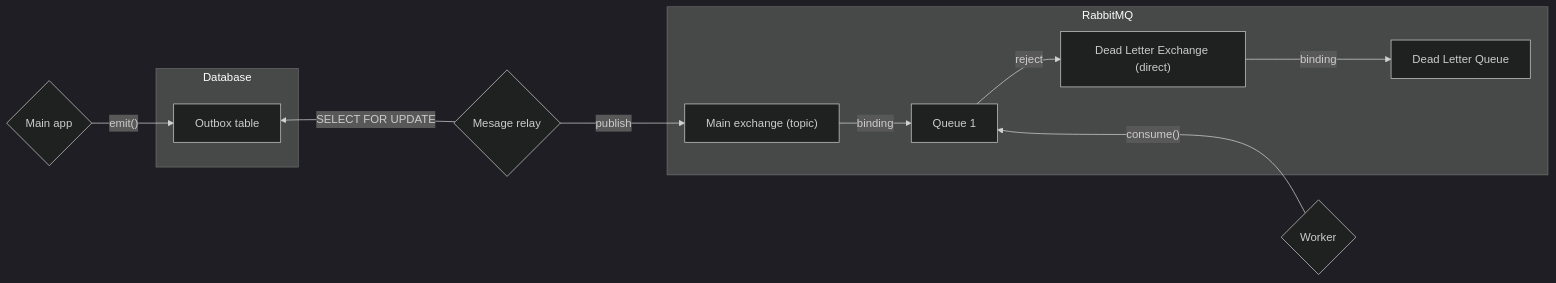
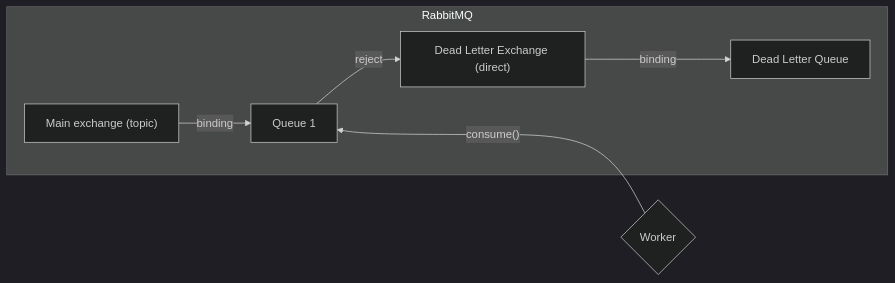
Before and after one commit to kbairak/outbox: the second of 3 diagrams in README.md, drawn with Mermaid (dark theme). The commit also changed other lines of this file and 3 other files, not shown here.

````diff
--- a/README.md
+++ b/README.md
@@ -207,21 +207,11 @@
 ```mermaid
 flowchart LR
-    MA{Main app} -->|"emit()"| DB[Outbox table]
-    DB ~~~ MR{Mesage relay}
-    MR -->|SELECT FOR UPDATE| DB
-    MR ~~~ DB
-    MR --->|publish| ME["Main exchange (topic)"]
-
-    subgraph Database
-    DB
-    end
-
     subgraph RabbitMQ
-    ME -->|binding| Q1[Queue 1]
+    ME["Main exchange (topic)"] -->|binding| Q1[Queue 1]
     Q1 -->|reject| DLX["Dead Letter Exchange (direct)"]
     DLX --->|binding| DQ1[Dead Letter Queue]
     end
 
     Q1 ~~~ W{Worker} --->|"consume()"| Q1
     W{Worker} ~~~ Q1
 ```
````
